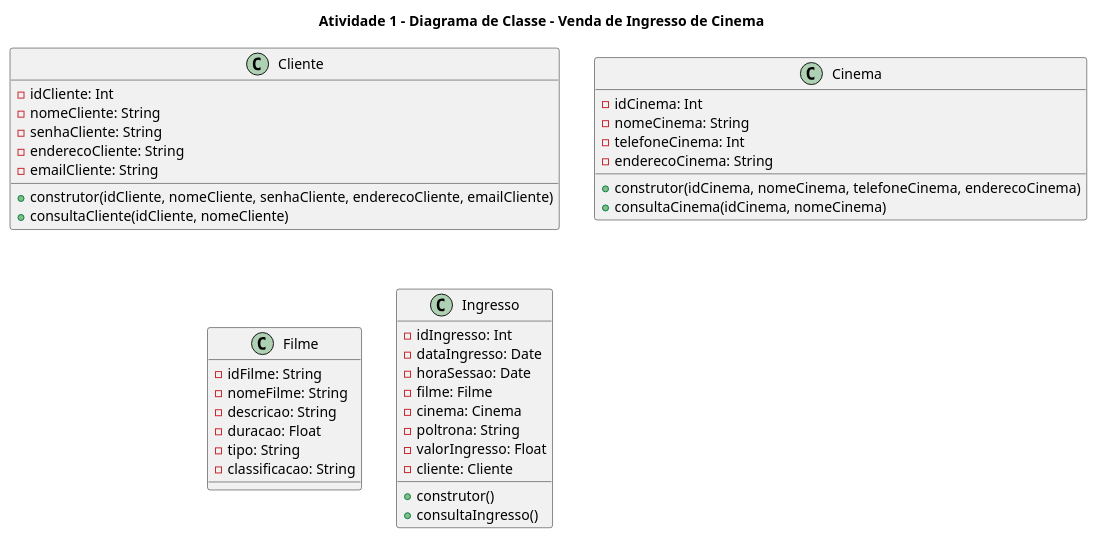
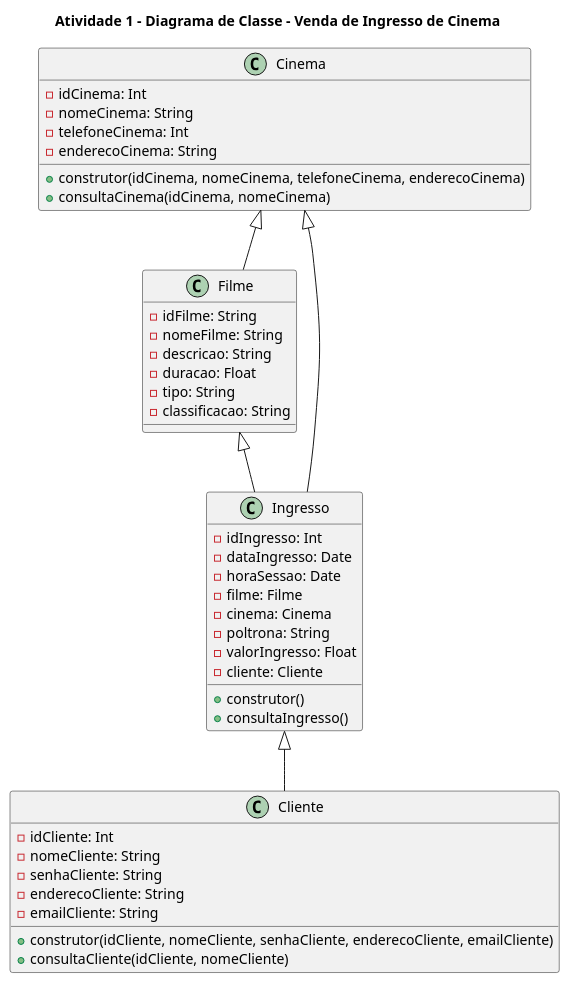
Before and after one commit to anleaes/2023-1-N1-POO-09: the diagram in Modelagem/Clientes.plantuml, drawn with PlantUML.

Commit message:
Relações
Relações entre as classes

```diff
--- a/Modelagem/Clientes.plantuml
+++ b/Modelagem/Clientes.plantuml
@@ -2,48 +2,54 @@
 @startuml A1
 
 title Atividade 1 - Diagrama de Classe - Venda de Ingresso de Cinema
 
 
     class Cliente{
     - idCliente: Int
     - nomeCliente: String
     - senhaCliente: String 
     - enderecoCliente: String
     - emailCliente: String
     + construtor(idCliente, nomeCliente, senhaCliente, enderecoCliente, emailCliente)
     + consultaCliente(idCliente, nomeCliente)
 }
 
 class Cinema{
     - idCinema: Int
     - nomeCinema: String
     - telefoneCinema: Int
     - enderecoCinema: String
     + construtor(idCinema, nomeCinema, telefoneCinema, enderecoCinema)
     + consultaCinema(idCinema, nomeCinema)
 }
 
 class Filme{
     - idFilme: String
     - nomeFilme: String
     - descricao: String
     - duracao: Float
     - tipo: String
     - classificacao: String
 }
 
 class Ingresso{
     - idIngresso: Int
     - dataIngresso: Date
     - horaSessao: Date
     - filme: Filme
     - cinema: Cinema
     - poltrona: String
     - valorIngresso: Float
     - cliente: Cliente
     + construtor()
     + consultaIngresso()
 }
 
 
+
+Ingresso <|-- Cliente
+Filme <|-- Ingresso
+Cinema <|-- Ingresso
+Cinema <|-- Filme
+
 @enduml
```
